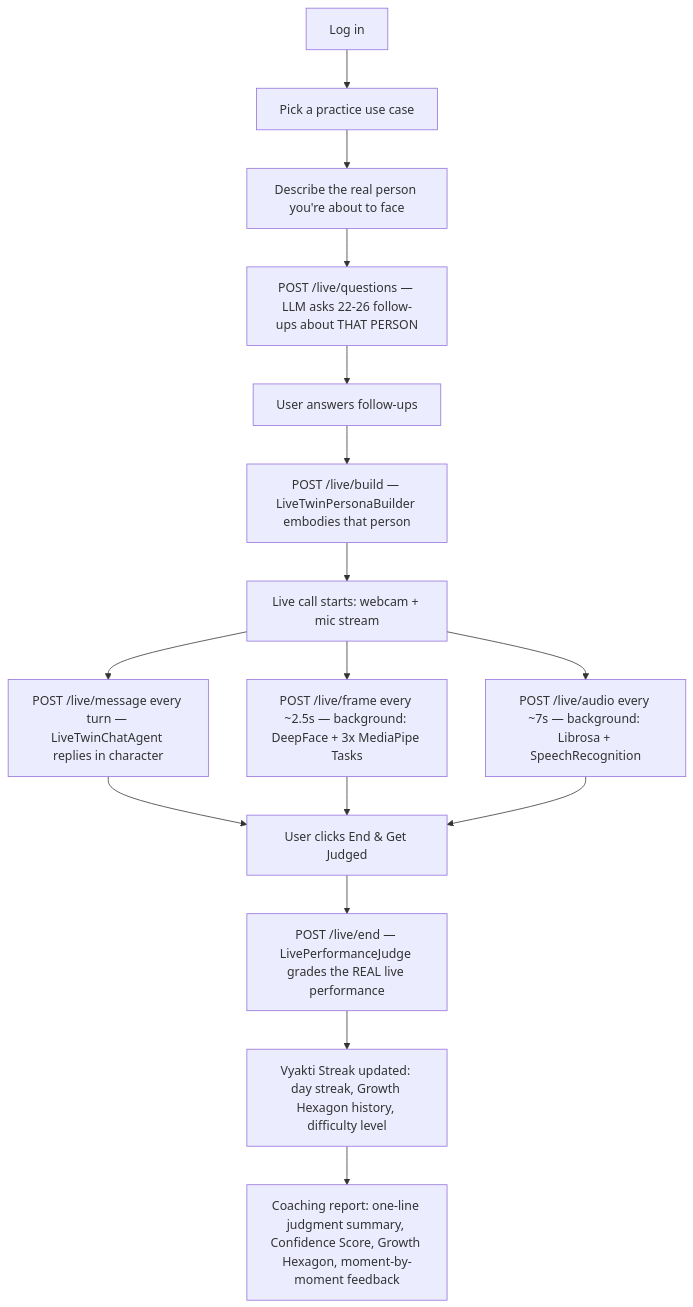
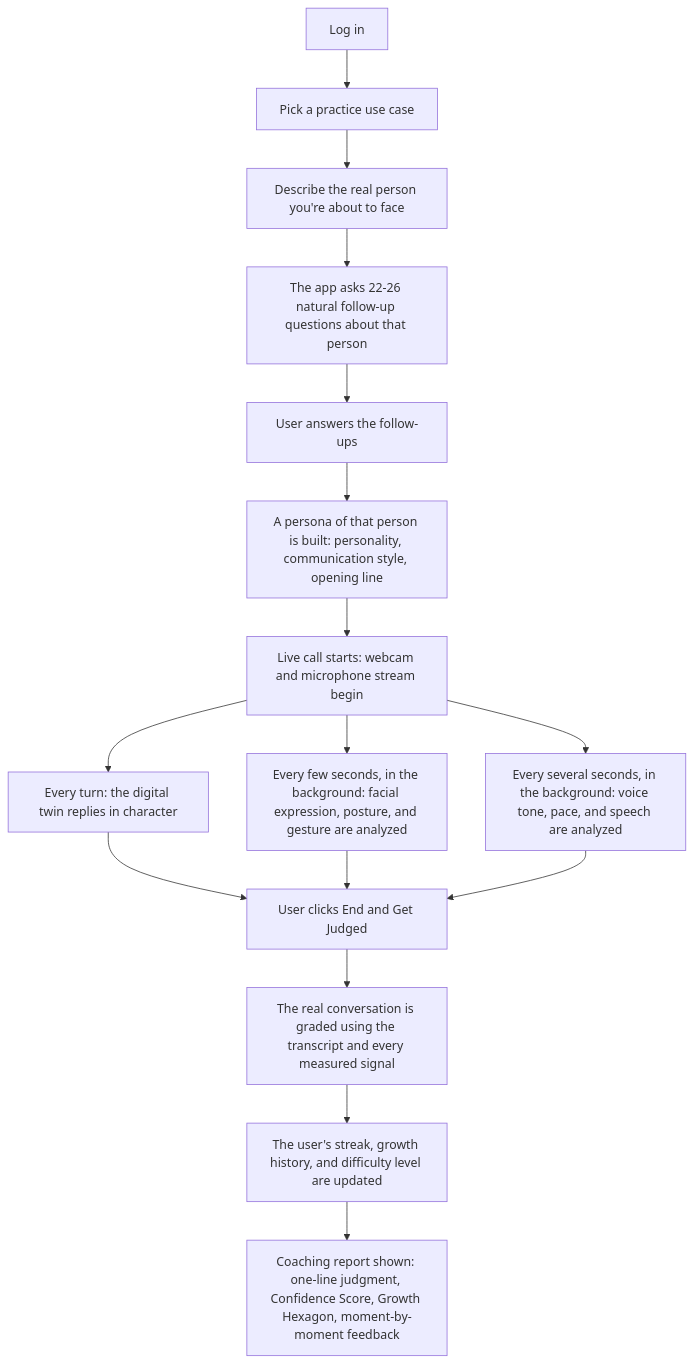
Before and after one commit to mahakmerijan/hca: the third of 3 diagrams in END_TO_END_ARCHITECTURE.md, drawn with Mermaid. The commit also changed other lines of this file, not shown here.

First line of the commit message:
Rewrite Live Digital Twin architecture section in plain prose

````diff
--- a/END_TO_END_ARCHITECTURE.md
+++ b/END_TO_END_ARCHITECTURE.md
@@ -246,18 +246,18 @@
 ```mermaid
 flowchart TD
     A[Log in] --> B[Pick a practice use case]
     B --> C[Describe the real person you're about to face]
-    C --> D["POST /live/questions — LLM asks 22-26 follow-ups about THAT PERSON"]
-    D --> E[User answers follow-ups]
-    E --> F["POST /live/build — LiveTwinPersonaBuilder embodies that person"]
-    F --> G[Live call starts: webcam + mic stream]
-    G --> H["POST /live/message every turn — LiveTwinChatAgent replies in character"]
-    G --> I["POST /live/frame every ~2.5s — background: DeepFace + 3x MediaPipe Tasks"]
-    G --> J["POST /live/audio every ~7s — background: Librosa + SpeechRecognition"]
-    H --> K[User clicks End & Get Judged]
+    C --> D[The app asks 22-26 natural follow-up questions about that person]
+    D --> E[User answers the follow-ups]
+    E --> F[A persona of that person is built: personality, communication style, opening line]
+    F --> G[Live call starts: webcam and microphone stream begin]
+    G --> H[Every turn: the digital twin replies in character]
+    G --> I[Every few seconds, in the background: facial expression, posture, and gesture are analyzed]
+    G --> J[Every several seconds, in the background: voice tone, pace, and speech are analyzed]
+    H --> K[User clicks End and Get Judged]
     I --> K
     J --> K
-    K --> L["POST /live/end — LivePerformanceJudge grades the REAL live performance"]
-    L --> M[Vyakti Streak updated: day streak, Growth Hexagon history, difficulty level]
-    M --> N[Coaching report: one-line judgment summary, Confidence Score, Growth Hexagon, moment-by-moment feedback]
+    K --> L[The real conversation is graded using the transcript and every measured signal]
+    L --> M[The user's streak, growth history, and difficulty level are updated]
+    M --> N[Coaching report shown: one-line judgment, Confidence Score, Growth Hexagon, moment-by-moment feedback]
 ```
````
